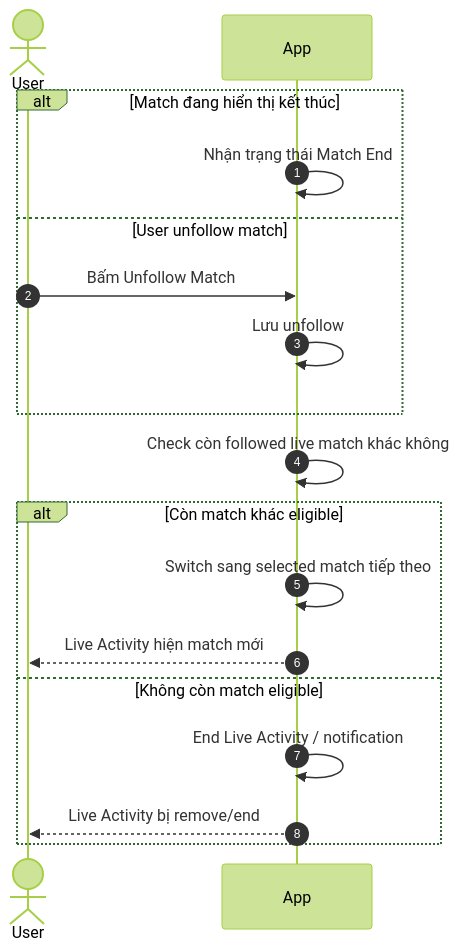
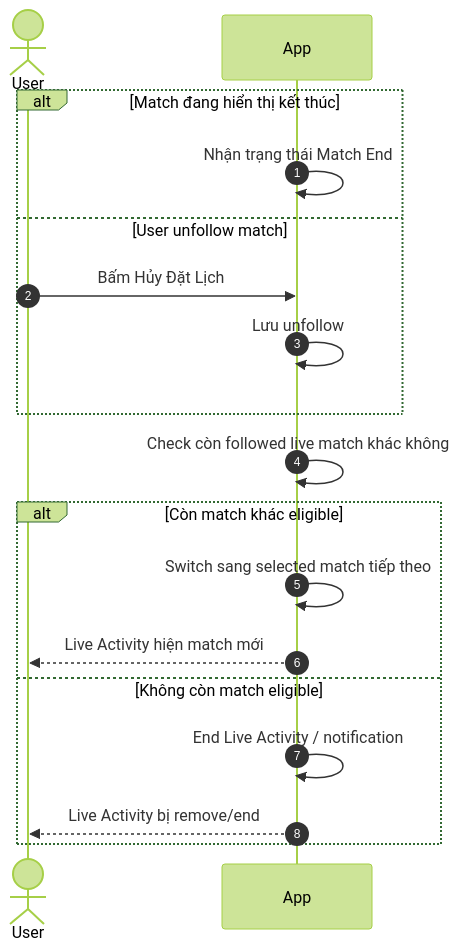
The third of 4 diagrams in features/final-docs/Sport-Zone/Live-Activity/product/live-activity-user-flows-functional-requirements.md (duongdang1136/FPTPLay), drawn with Mermaid (forest theme) before and after one commit. The commit also changed other lines of this file, not shown here.

````diff
--- a/features/final-docs/Sport-Zone/Live-Activity/product/live-activity-user-flows-functional-requirements.md
+++ b/features/final-docs/Sport-Zone/Live-Activity/product/live-activity-user-flows-functional-requirements.md
@@ -320,24 +322,24 @@
 ```mermaid
 sequenceDiagram
     autonumber
 
     actor User as User
     participant App
 
     alt Match đang hiển thị kết thúc
         App->>App: Nhận trạng thái Match End
     else User unfollow match
-        User->>App: Bấm Unfollow Match
+        User->>App: Bấm Hủy Đặt Lịch
         App->>App: Lưu unfollow
     end
 
     App->>App: Check còn followed live match khác không
 
     alt Còn match khác eligible
         App->>App: Switch sang selected match tiếp theo
         App-->>User: Live Activity hiện match mới
     else Không còn match eligible
         App->>App: End Live Activity / notification
         App-->>User: Live Activity bị remove/end
     end
 ```
````
